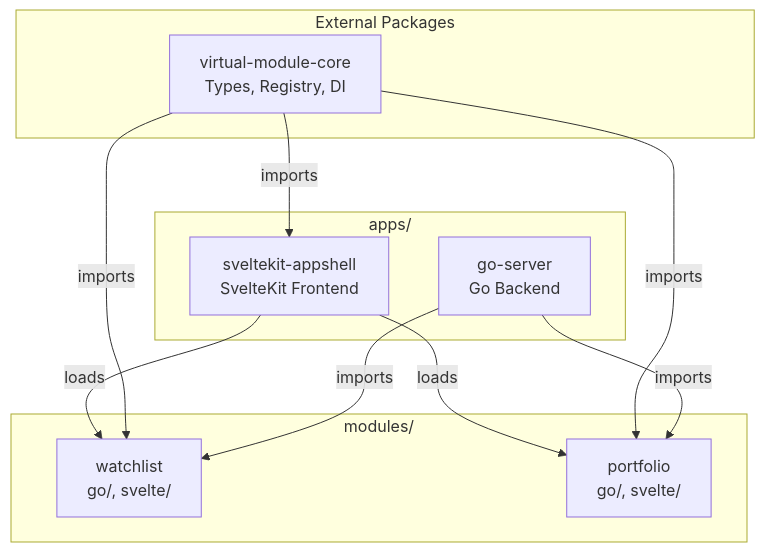
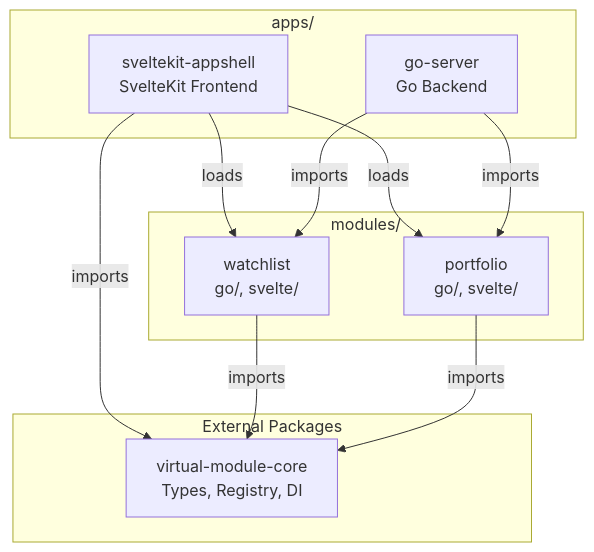
The first of 2 diagrams in docs/APPSHELL-ARCHITECTURE.md (reidlai/virtual-module-core), drawn with Mermaid before and after one commit. The commit also changed other lines of this file and 5 other files, not shown here.

Commit message:
docs: update architecture documentation for Svelte 5 runes and resClient integration

````diff
--- a/docs/APPSHELL-ARCHITECTURE.md
+++ b/docs/APPSHELL-ARCHITECTURE.md
@@ -13,24 +13,24 @@
 ```mermaid
 flowchart TD
     subgraph Apps["apps/"]
         SV[sveltekit-appshell<br/>SvelteKit Frontend]
         TA[go-server<br/>Go Backend]
     end
 
     subgraph Modules["modules/"]
         WL[watchlist<br/>go/, svelte/]
         PF[portfolio<br/>go/, svelte/]
     end
 
     subgraph External["External Packages"]
         Core[virtual-module-core<br/>Types, Registry, DI]
     end
 
-    Core -->|imports| SV
+    SV -->|imports| Core
     SV -->|loads| WL
     SV -->|loads| PF
-    Core --> |imports| WL
-    Core --> |imports| PF
+    WL -->|imports| Core
+    PF -->|imports| Core
     TA -->|imports| WL
     TA -->|imports| PF
 ```
````
